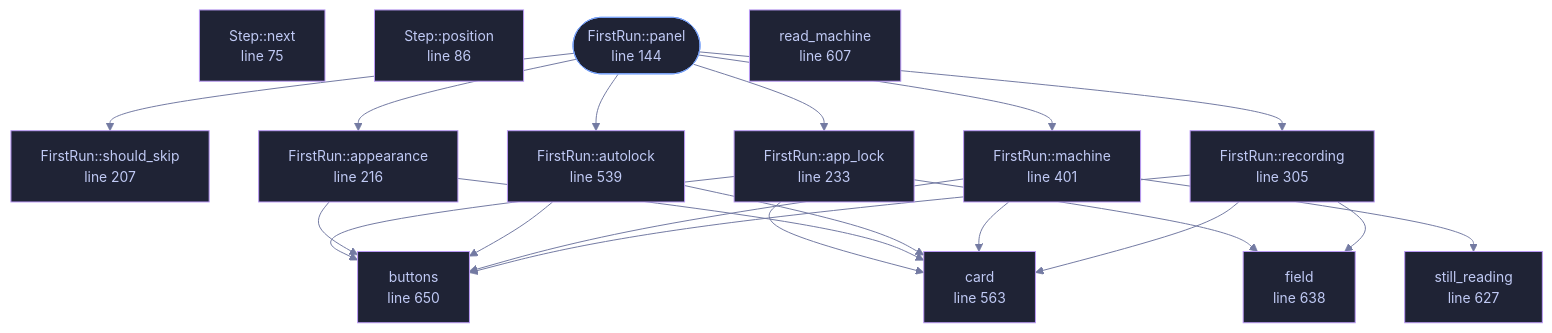
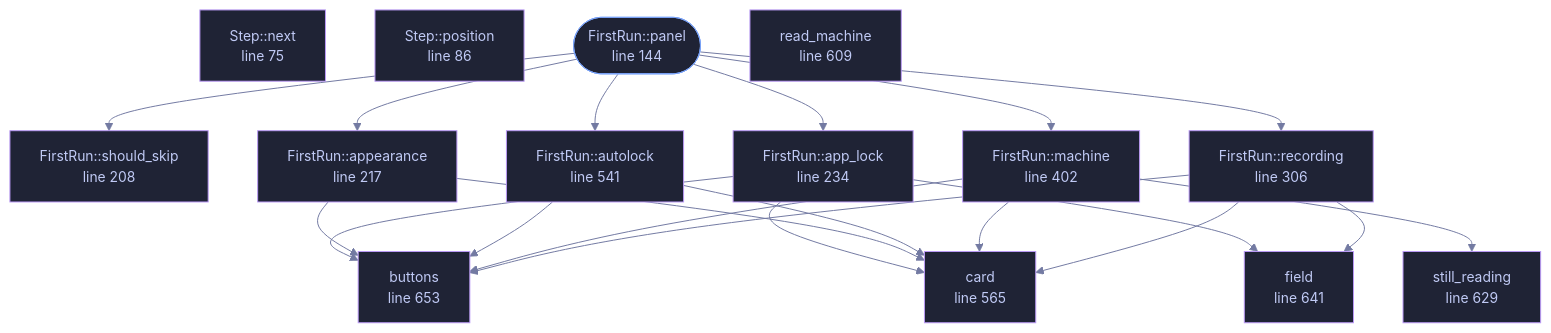
One commit to tilas01/veilvoice changed the diagram in docs/files/veilvoice-gui/firstrun.md. Above: the diagram before and after it, drawn with Mermaid. The commit also changed other lines of this file and 92 other files, not shown here.

````diff
--- a/docs/files/veilvoice-gui/firstrun.md
+++ b/docs/files/veilvoice-gui/firstrun.md
@@ -102,55 +102,55 @@
 ```mermaid
 %%{init: {"theme":"base","themeVariables":{"background":"#1a1b26","primaryColor":"#1f2335","primaryTextColor":"#c0caf5","primaryBorderColor":"#7aa2f7","secondaryColor":"#16161e","tertiaryColor":"#16161e","lineColor":"#737aa2","textColor":"#c0caf5","mainBkg":"#1f2335","nodeBorder":"#7aa2f7","clusterBkg":"#16161e","clusterBorder":"#2f3549","fontFamily":"ui-monospace, SFMono-Regular, Consolas, monospace","fontSize":"14px"}}}%%
 flowchart TD
     n_next["Step::next<br/>line 75"]
     n_position["Step::position<br/>line 86"]
     n_panel(["FirstRun::panel<br/>line 144"])
-    n_should_skip["FirstRun::should_skip<br/>line 207"]
-    n_appearance["FirstRun::appearance<br/>line 216"]
-    n_app_lock["FirstRun::app_lock<br/>line 233"]
-    n_recording["FirstRun::recording<br/>line 305"]
-    n_machine["FirstRun::machine<br/>line 401"]
-    n_autolock["FirstRun::autolock<br/>line 539"]
-    n_card["card<br/>line 563"]
-    n_read_machine["read_machine<br/>line 607"]
-    n_still_reading["still_reading<br/>line 627"]
-    n_field["field<br/>line 638"]
-    n_buttons["buttons<br/>line 650"]
+    n_should_skip["FirstRun::should_skip<br/>line 208"]
+    n_appearance["FirstRun::appearance<br/>line 217"]
+    n_app_lock["FirstRun::app_lock<br/>line 234"]
+    n_recording["FirstRun::recording<br/>line 306"]
+    n_machine["FirstRun::machine<br/>line 402"]
+    n_autolock["FirstRun::autolock<br/>line 541"]
+    n_card["card<br/>line 565"]
+    n_read_machine["read_machine<br/>line 609"]
+    n_still_reading["still_reading<br/>line 629"]
+    n_field["field<br/>line 641"]
+    n_buttons["buttons<br/>line 653"]
     n_app_lock --> n_buttons
     n_app_lock --> n_card
     n_app_lock --> n_field
     n_appearance --> n_buttons
     n_appearance --> n_card
     n_autolock --> n_buttons
     n_autolock --> n_card
     n_machine --> n_buttons
     n_machine --> n_card
     n_machine --> n_still_reading
     n_panel --> n_app_lock
     n_panel --> n_appearance
     n_panel --> n_autolock
     n_panel --> n_machine
     n_panel --> n_recording
     n_panel --> n_should_skip
     n_recording --> n_buttons
     n_recording --> n_card
     n_recording --> n_field
     click n_next href "https://github.com/tilas01/veilvoice/blob/main/crates/veilvoice-gui/src/firstrun.rs#L75" "open the source"
     click n_position href "https://github.com/tilas01/veilvoice/blob/main/crates/veilvoice-gui/src/firstrun.rs#L86" "open the source"
     click n_panel href "https://github.com/tilas01/veilvoice/blob/main/crates/veilvoice-gui/src/firstrun.rs#L144" "open the source"
-    click n_should_skip href "https://github.com/tilas01/veilvoice/blob/main/crates/veilvoice-gui/src/firstrun.rs#L207" "open the source"
-    click n_appearance href "https://github.com/tilas01/veilvoice/blob/main/crates/veilvoice-gui/src/firstrun.rs#L216" "open the source"
-    click n_app_lock href "https://github.com/tilas01/veilvoice/blob/main/crates/veilvoice-gui/src/firstrun.rs#L233" "open the source"
-    click n_recording href "https://github.com/tilas01/veilvoice/blob/main/crates/veilvoice-gui/src/firstrun.rs#L305" "open the source"
-    click n_machine href "https://github.com/tilas01/veilvoice/blob/main/crates/veilvoice-gui/src/firstrun.rs#L401" "open the source"
-    click n_autolock href "https://github.com/tilas01/veilvoice/blob/main/crates/veilvoice-gui/src/firstrun.rs#L539" "open the source"
-    click n_card href "https://github.com/tilas01/veilvoice/blob/main/crates/veilvoice-gui/src/firstrun.rs#L563" "open the source"
-    click n_read_machine href "https://github.com/tilas01/veilvoice/blob/main/crates/veilvoice-gui/src/firstrun.rs#L607" "open the source"
-    click n_still_reading href "https://github.com/tilas01/veilvoice/blob/main/crates/veilvoice-gui/src/firstrun.rs#L627" "open the source"
-    click n_field href "https://github.com/tilas01/veilvoice/blob/main/crates/veilvoice-gui/src/firstrun.rs#L638" "open the source"
-    click n_buttons href "https://github.com/tilas01/veilvoice/blob/main/crates/veilvoice-gui/src/firstrun.rs#L650" "open the source"
+    click n_should_skip href "https://github.com/tilas01/veilvoice/blob/main/crates/veilvoice-gui/src/firstrun.rs#L208" "open the source"
+    click n_appearance href "https://github.com/tilas01/veilvoice/blob/main/crates/veilvoice-gui/src/firstrun.rs#L217" "open the source"
+    click n_app_lock href "https://github.com/tilas01/veilvoice/blob/main/crates/veilvoice-gui/src/firstrun.rs#L234" "open the source"
+    click n_recording href "https://github.com/tilas01/veilvoice/blob/main/crates/veilvoice-gui/src/firstrun.rs#L306" "open the source"
+    click n_machine href "https://github.com/tilas01/veilvoice/blob/main/crates/veilvoice-gui/src/firstrun.rs#L402" "open the source"
+    click n_autolock href "https://github.com/tilas01/veilvoice/blob/main/crates/veilvoice-gui/src/firstrun.rs#L541" "open the source"
+    click n_card href "https://github.com/tilas01/veilvoice/blob/main/crates/veilvoice-gui/src/firstrun.rs#L565" "open the source"
+    click n_read_machine href "https://github.com/tilas01/veilvoice/blob/main/crates/veilvoice-gui/src/firstrun.rs#L609" "open the source"
+    click n_still_reading href "https://github.com/tilas01/veilvoice/blob/main/crates/veilvoice-gui/src/firstrun.rs#L629" "open the source"
+    click n_field href "https://github.com/tilas01/veilvoice/blob/main/crates/veilvoice-gui/src/firstrun.rs#L641" "open the source"
+    click n_buttons href "https://github.com/tilas01/veilvoice/blob/main/crates/veilvoice-gui/src/firstrun.rs#L653" "open the source"
     classDef entry fill:#1f2335,stroke:#7aa2f7,color:#c0caf5
     class n_panel entry
     classDef helper fill:#1f2335,stroke:#bb9af7,color:#c0caf5
     class n_next,n_position,n_should_skip,n_appearance,n_app_lock,n_recording,n_machine,n_autolock,n_card,n_read_machine,n_still_reading,n_field,n_buttons helper
 ```
````
